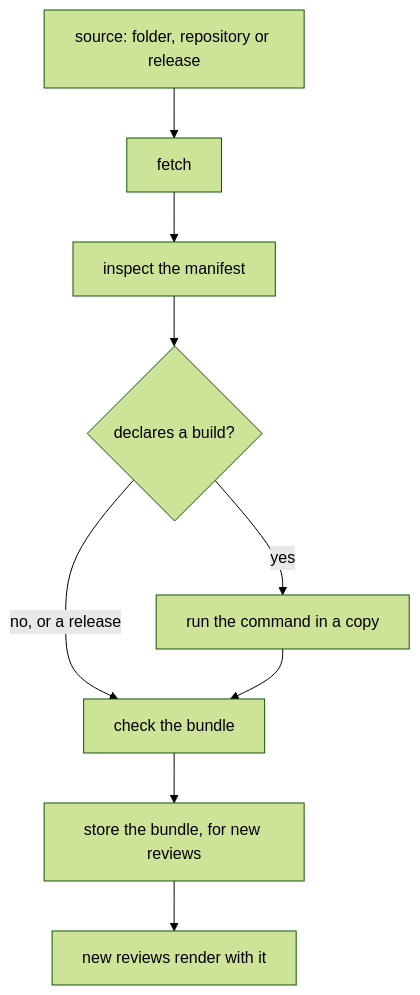
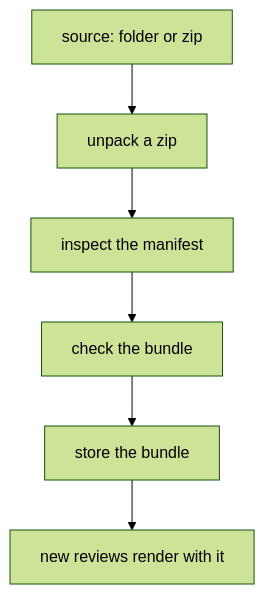
The first of 2 diagrams in docs/using/installing-plugins.md (forgeplane/pinrail), drawn with Mermaid (forest theme) before and after one commit. The commit also changed other lines of this file and 27 other files, not shown here.

Commit message:
Describe installing from a folder or a zip in the docs

````diff
--- a/docs/using/installing-plugins.md
+++ b/docs/using/installing-plugins.md
@@ -52,11 +36,8 @@
 ```mermaid title="From a source to the store"
 flowchart TB
-  S["source: folder, repository or release"] --> F["fetch"]
-  F --> I["inspect the manifest"]
-  I --> B{"declares a build?"}
-  B -->|"yes"| R["run the command in a copy"]
-  B -->|"no, or a release"| C["check the bundle"]
-  R --> C
-  C --> K["store the bundle, for new reviews"]
+  S["source: folder or zip"] --> U["unpack a zip"]
+  U --> I["inspect the manifest"]
+  I --> C["check the bundle"]
+  C --> K["store the bundle"]
   K --> V["new reviews render with it"]
 ```
````
